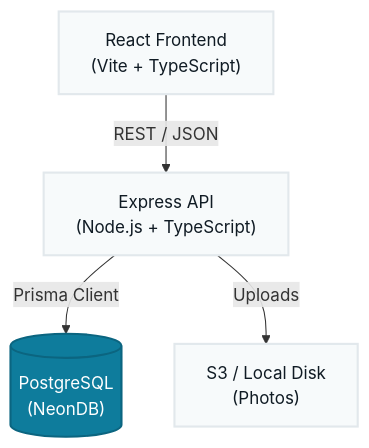
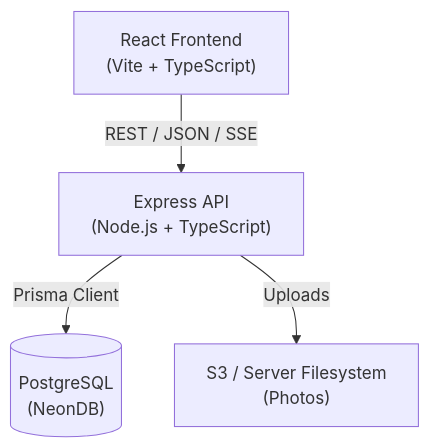
Before and after one commit to ehtisham-hashim/AquaSphere: the first of 6 diagrams in context/architecture.md, drawn with Mermaid. The commit also changed other lines of this file and 4 other files, not shown here.

````diff
--- a/context/architecture.md
+++ b/context/architecture.md
@@ -11,9 +38,6 @@
 ```mermaid
 graph TD
-    A["React Frontend<br>(Vite + TypeScript)"] -->|REST / JSON| B["Express API<br>(Node.js + TypeScript)"]
-    B -->|Prisma Client| C[("PostgreSQL<br>(NeonDB)")]
-    B -->|Uploads| D["S3 / Local Disk<br>(Photos)"]
-    classDef default fill:#F7FAFB,stroke:#E2E8EC,stroke-width:2px,color:#101B24;
-    classDef db fill:#0E7C9C,stroke:#0B6580,stroke-width:2px,color:#FFFFFF;
-    class C db;
+    A["React Frontend<br/>(Vite + TypeScript)"] -->|REST / JSON / SSE| B["Express API<br/>(Node.js + TypeScript)"]
+    B -->|Prisma Client| C[("PostgreSQL<br/>(NeonDB)")]
+    B -->|Uploads| D["S3 / Server Filesystem<br/>(Photos)"]
 ```
````
